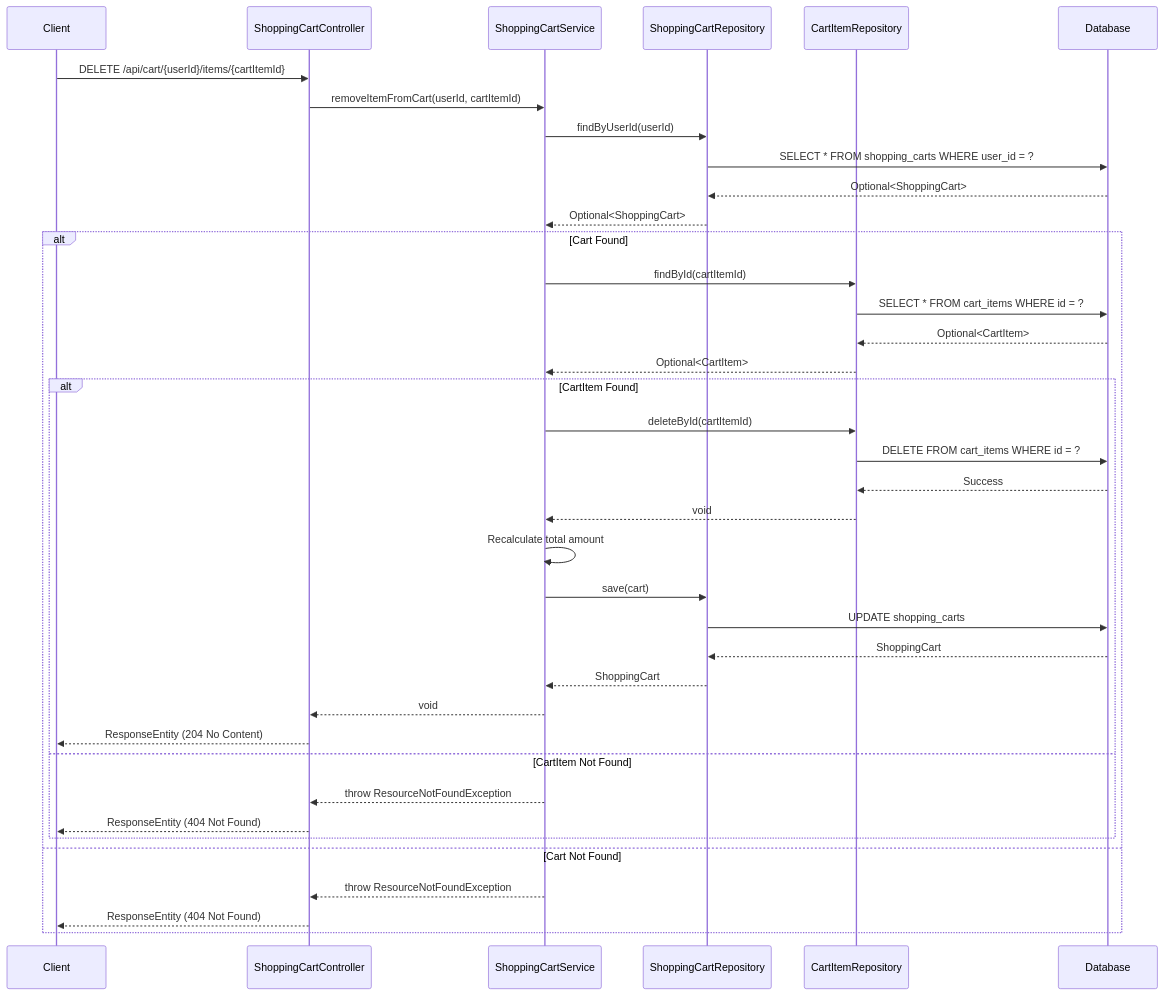
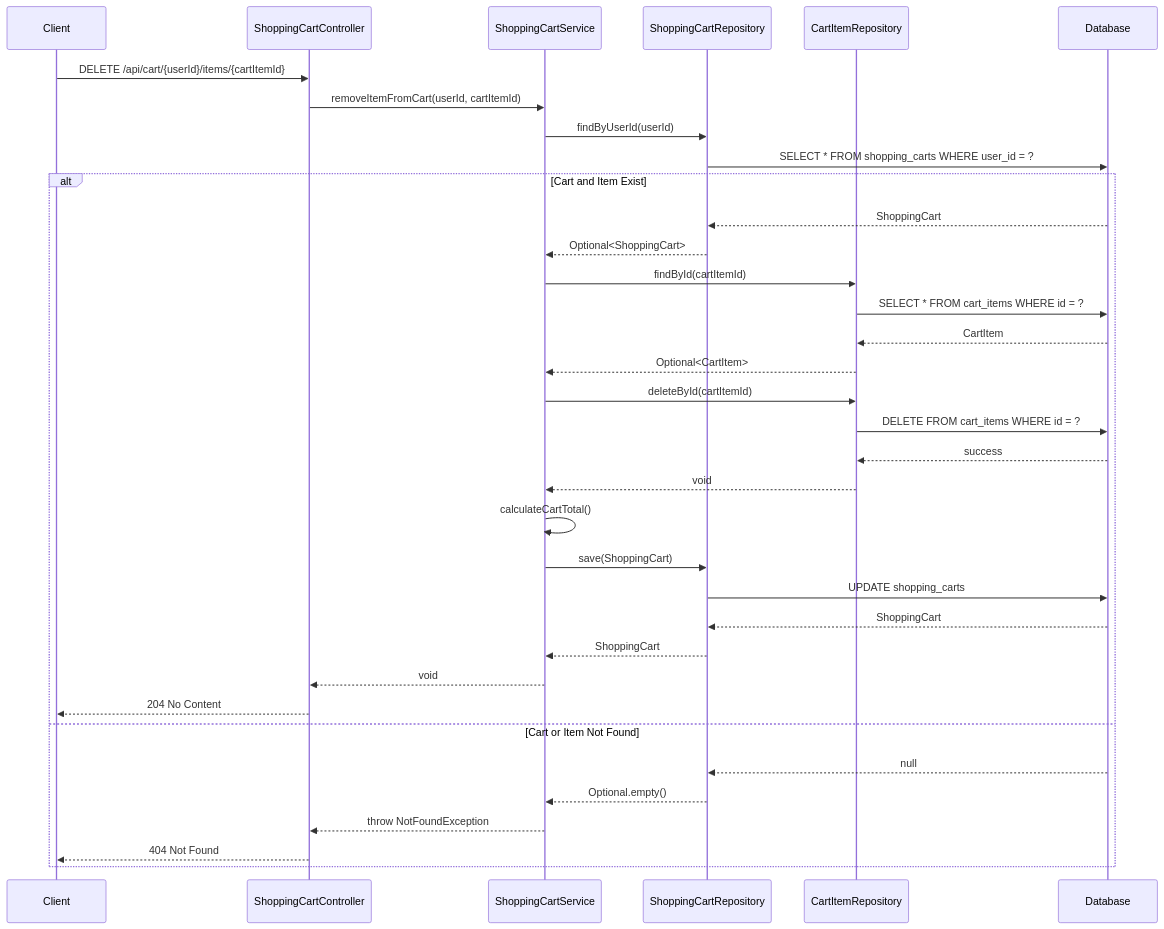
One commit to NavneetBN47/aava-ecom-demo changed diagram 13 of 13 in docs/LLD/modified_lld.md. Above: the diagram before and after it, drawn with Mermaid. The commit also changed other lines of this file, not shown here.

````diff
--- a/docs/LLD/modified_lld.md
+++ b/docs/LLD/modified_lld.md
@@ -505,43 +524,39 @@
 ```mermaid
 sequenceDiagram
     participant Client
     participant ShoppingCartController
     participant ShoppingCartService
     participant ShoppingCartRepository
     participant CartItemRepository
     participant Database
 
     Client->>ShoppingCartController: DELETE /api/cart/{userId}/items/{cartItemId}
     ShoppingCartController->>ShoppingCartService: removeItemFromCart(userId, cartItemId)
     ShoppingCartService->>ShoppingCartRepository: findByUserId(userId)
     ShoppingCartRepository->>Database: SELECT * FROM shopping_carts WHERE user_id = ?
-    Database-->>ShoppingCartRepository: Optional<ShoppingCart>
-    ShoppingCartRepository-->>ShoppingCartService: Optional<ShoppingCart>
     
-    alt Cart Found
+    alt Cart and Item Exist
+        Database-->>ShoppingCartRepository: ShoppingCart
+        ShoppingCartRepository-->>ShoppingCartService: Optional<ShoppingCart>
         ShoppingCartService->>CartItemRepository: findById(cartItemId)
         CartItemRepository->>Database: SELECT * FROM cart_items WHERE id = ?
-        Database-->>CartItemRepository: Optional<CartItem>
+        Database-->>CartItemRepository: CartItem
         CartItemRepository-->>ShoppingCartService: Optional<CartItem>
-        
-        alt CartItem Found
-            ShoppingCartService->>CartItemRepository: deleteById(cartItemId)
-            CartItemRepository->>Database: DELETE FROM cart_items WHERE id = ?
-            Database-->>CartItemRepository: Success
-            CartItemRepository-->>ShoppingCartService: void
-            ShoppingCartService->>ShoppingCartService: Recalculate total amount
-            ShoppingCartService->>ShoppingCartRepository: save(cart)
-            ShoppingCartRepository->>Database: UPDATE shopping_carts
-            Database-->>ShoppingCartRepository: ShoppingCart
-            ShoppingCartRepository-->>ShoppingCartService: ShoppingCart
-            ShoppingCartService-->>ShoppingCartController: void
-            ShoppingCartController-->>Client: ResponseEntity (204 No Content)
-        else CartItem Not Found
-            ShoppingCartService-->>ShoppingCartController: throw ResourceNotFoundException
-            ShoppingCartController-->>Client: ResponseEntity (404 Not Found)
-        end
-    else Cart Not Found
-        ShoppingCartService-->>ShoppingCartController: throw ResourceNotFoundException
-        ShoppingCartController-->>Client: ResponseEntity (404 Not Found)
+        ShoppingCartService->>CartItemRepository: deleteById(cartItemId)
+        CartItemRepository->>Database: DELETE FROM cart_items WHERE id = ?
+        Database-->>CartItemRepository: success
+        CartItemRepository-->>ShoppingCartService: void
+        ShoppingCartService->>ShoppingCartService: calculateCartTotal()
+        ShoppingCartService->>ShoppingCartRepository: save(ShoppingCart)
+        ShoppingCartRepository->>Database: UPDATE shopping_carts
+        Database-->>ShoppingCartRepository: ShoppingCart
+        ShoppingCartRepository-->>ShoppingCartService: ShoppingCart
+        ShoppingCartService-->>ShoppingCartController: void
+        ShoppingCartController-->>Client: 204 No Content
+    else Cart or Item Not Found
+        Database-->>ShoppingCartRepository: null
+        ShoppingCartRepository-->>ShoppingCartService: Optional.empty()
+        ShoppingCartService-->>ShoppingCartController: throw NotFoundException
+        ShoppingCartController-->>Client: 404 Not Found
     end
 ```
````
